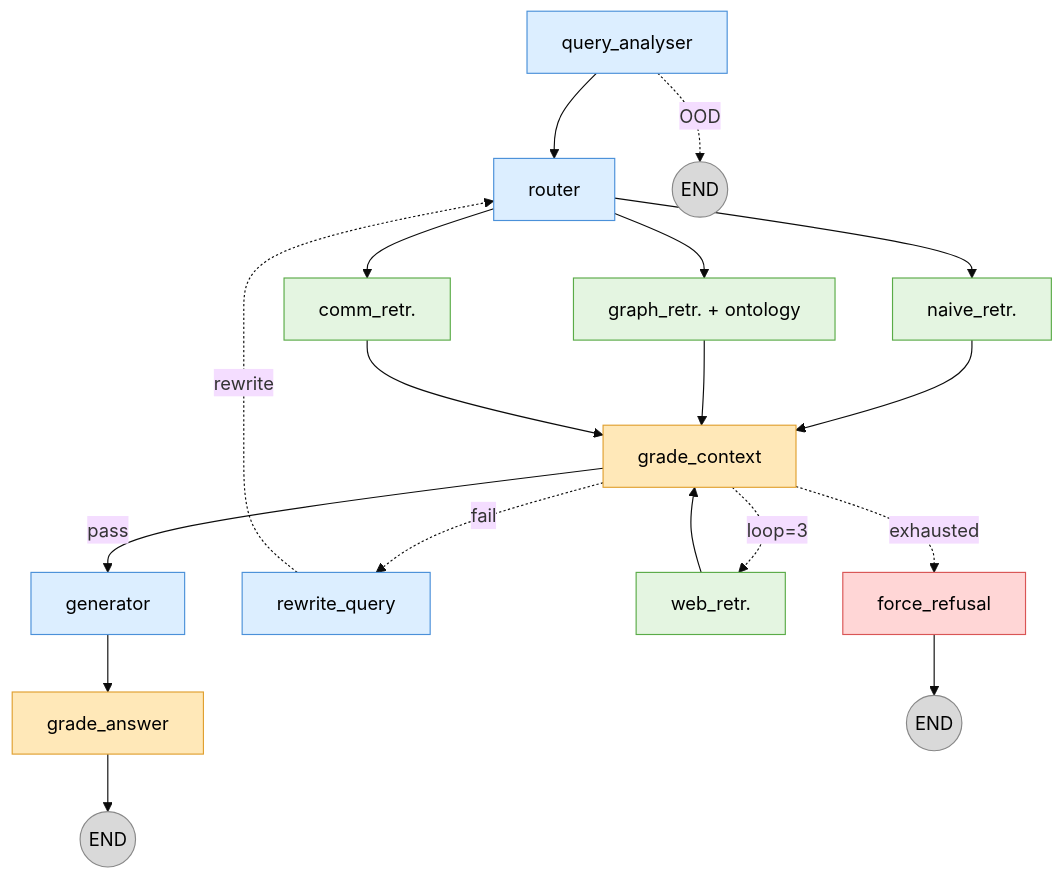
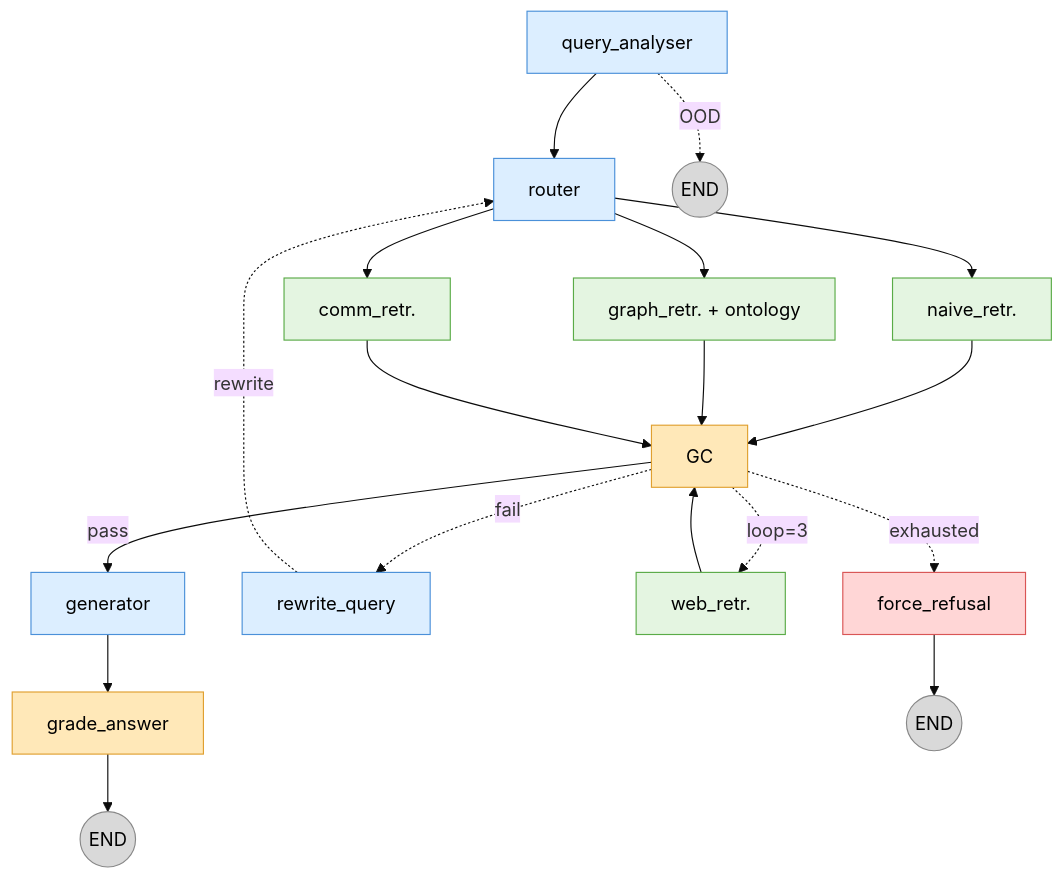
The diagram in README.md (VinaySampath14/agentic-graph-rag), drawn with Mermaid (base theme) before and after one commit.

Commit message:
docs: fix Mermaid diagram syntax for GitHub rendering

````diff
--- a/README.md
+++ b/README.md
@@ -70,34 +70,37 @@
 ```mermaid
 flowchart TD
     QA[query_analyser] --> RT[router]
     QA -.->|OOD| E3((END))
 
     RT --> NR[naive_retr.]
     RT --> GR[graph_retr. + ontology]
     RT --> CR[comm_retr.]
 
-    NR & GR & CR --> GC[grade_context]
+    NR --> GC
+    GR --> GC
+    CR --> GC
 
     GC -->|pass| GEN[generator]
     GC -.->|fail| RW[rewrite_query]
     GC -.->|loop=3| WEB[web_retr.]
     GC -.->|exhausted| FR[force_refusal]
 
     RW -.->|rewrite| RT
     WEB --> GC
 
-    GEN --> GA[grade_answer] --> E1((END))
+    GEN --> GA[grade_answer]
+    GA --> E1((END))
     FR --> E2((END))
 
     classDef blue fill:#DCEEFF,stroke:#4a90d9,color:#000;
     classDef green fill:#E4F5E1,stroke:#5aab47,color:#000;
     classDef orange fill:#FFE8B8,stroke:#e0a030,color:#000;
     classDef red fill:#FFD6D6,stroke:#d95555,color:#000;
     classDef gray fill:#D9D9D9,stroke:#888,color:#000;
 
     class QA,RT,RW,GEN blue;
     class NR,GR,CR,WEB green;
     class GC,GA orange;
     class FR red;
     class E1,E2,E3 gray;
 ```
````
